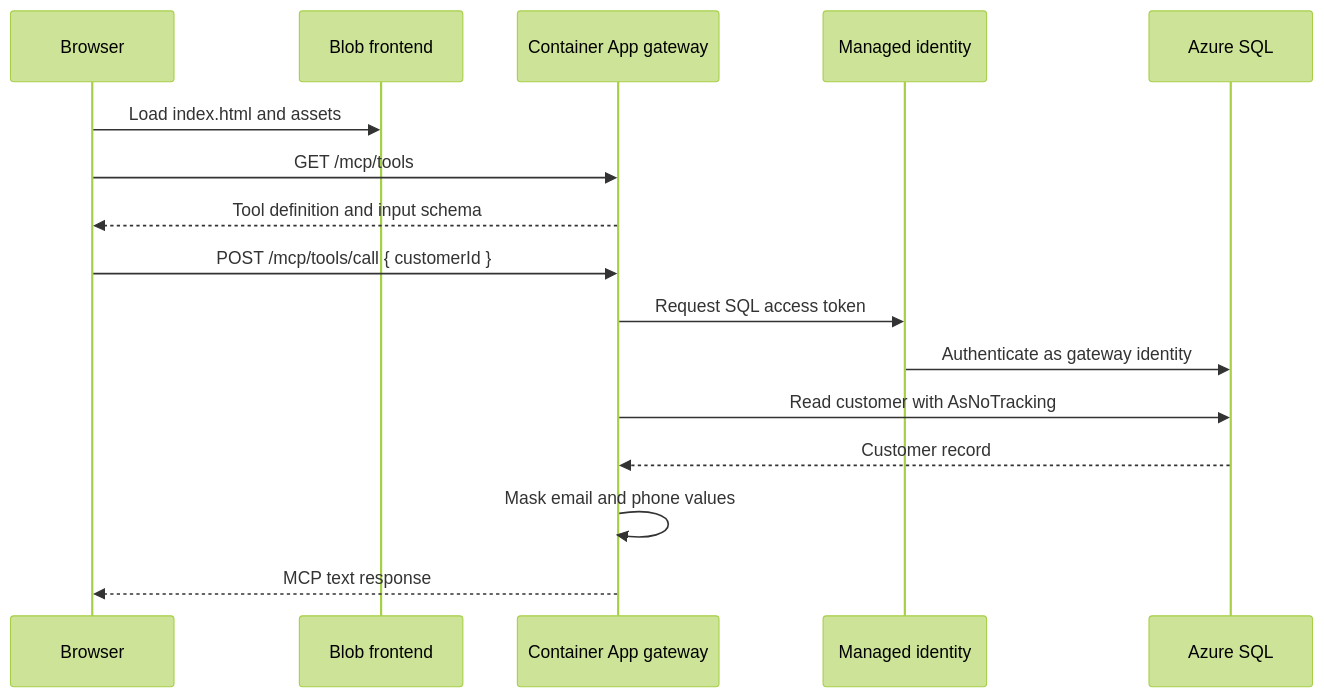
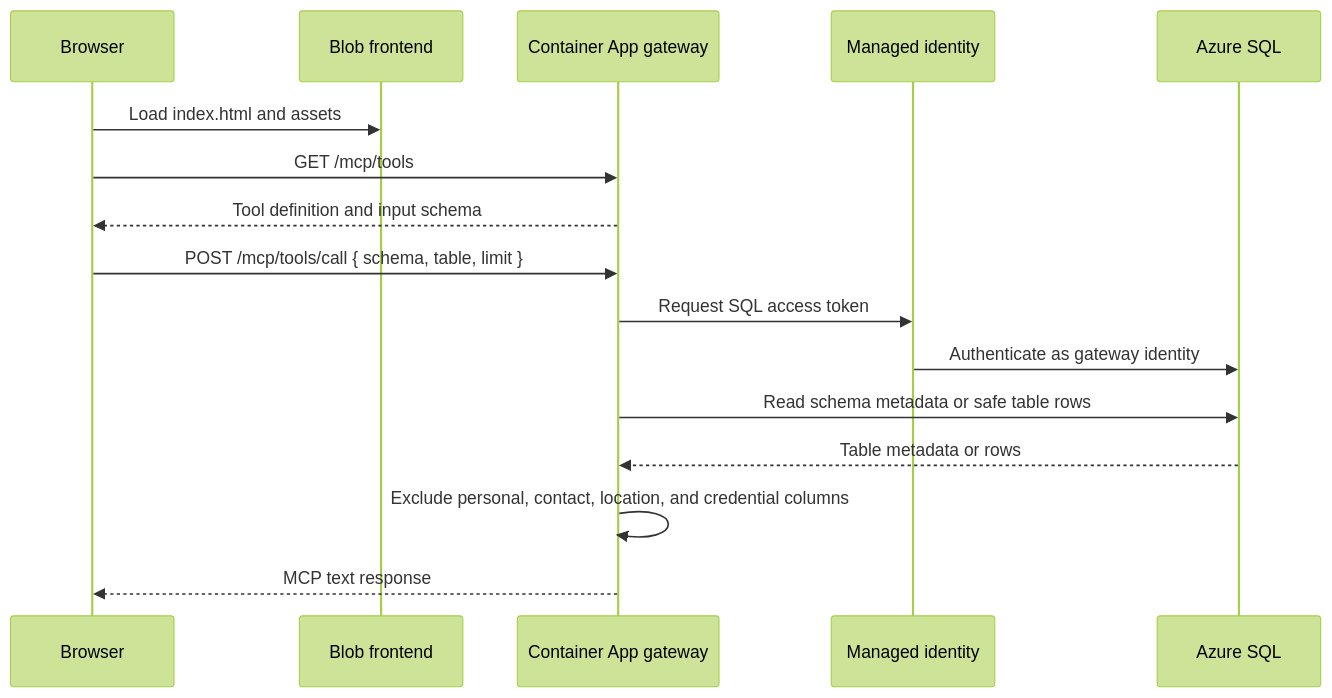
Before and after one commit to ellisbirt/adventure-works-mcp-server: the second of 4 diagrams in README.md, drawn with Mermaid (forest theme). The commit also changed other lines of this file and 39 other files, not shown here.

````diff
--- a/README.md
+++ b/README.md
@@ -39,19 +39,19 @@
 ```mermaid
 sequenceDiagram
 	participant B as Browser
 	participant F as Blob frontend
 	participant G as Container App gateway
 	participant I as Managed identity
 	participant D as Azure SQL
 
 	B->>F: Load index.html and assets
 	B->>G: GET /mcp/tools
 	G-->>B: Tool definition and input schema
-	B->>G: POST /mcp/tools/call { customerId }
+	B->>G: POST /mcp/tools/call { schema, table, limit }
 	G->>I: Request SQL access token
 	I->>D: Authenticate as gateway identity
-	G->>D: Read customer with AsNoTracking
-	D-->>G: Customer record
-	G->>G: Mask email and phone values
+	G->>D: Read schema metadata or safe table rows
+	D-->>G: Table metadata or rows
+	G->>G: Exclude personal, contact, location, and credential columns
 	G-->>B: MCP text response
 ```
````
